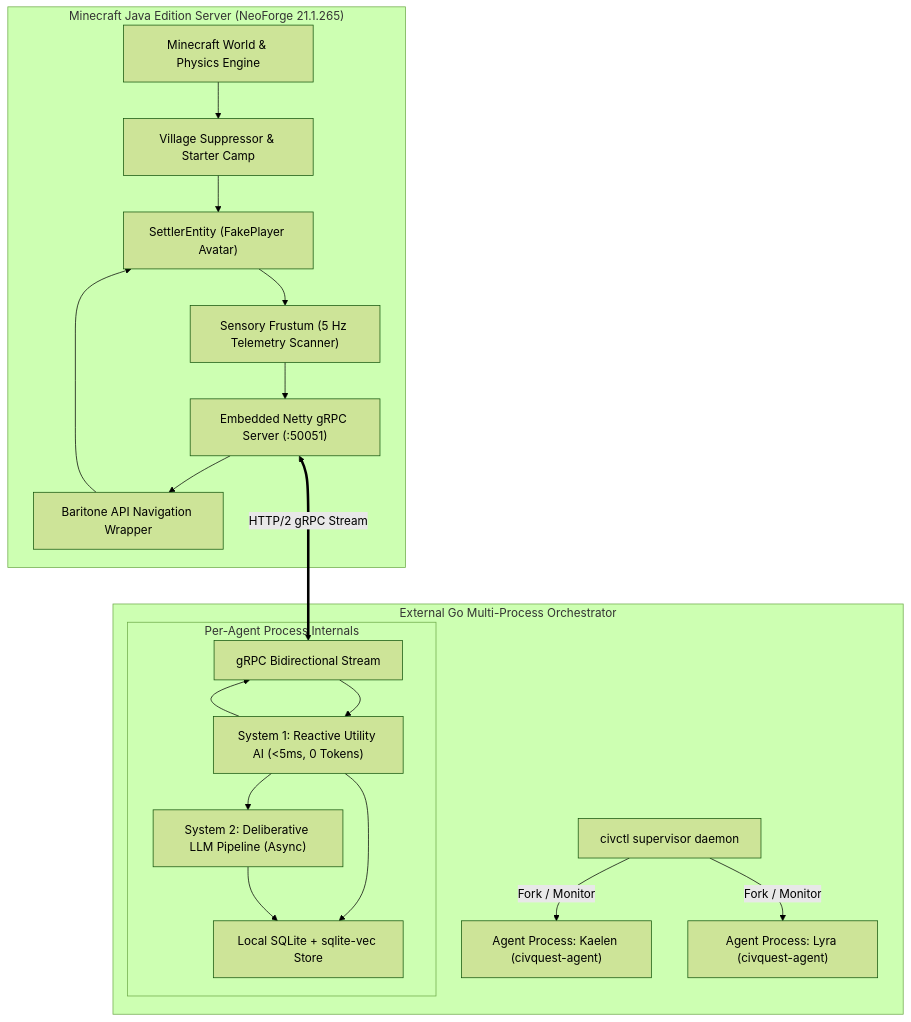
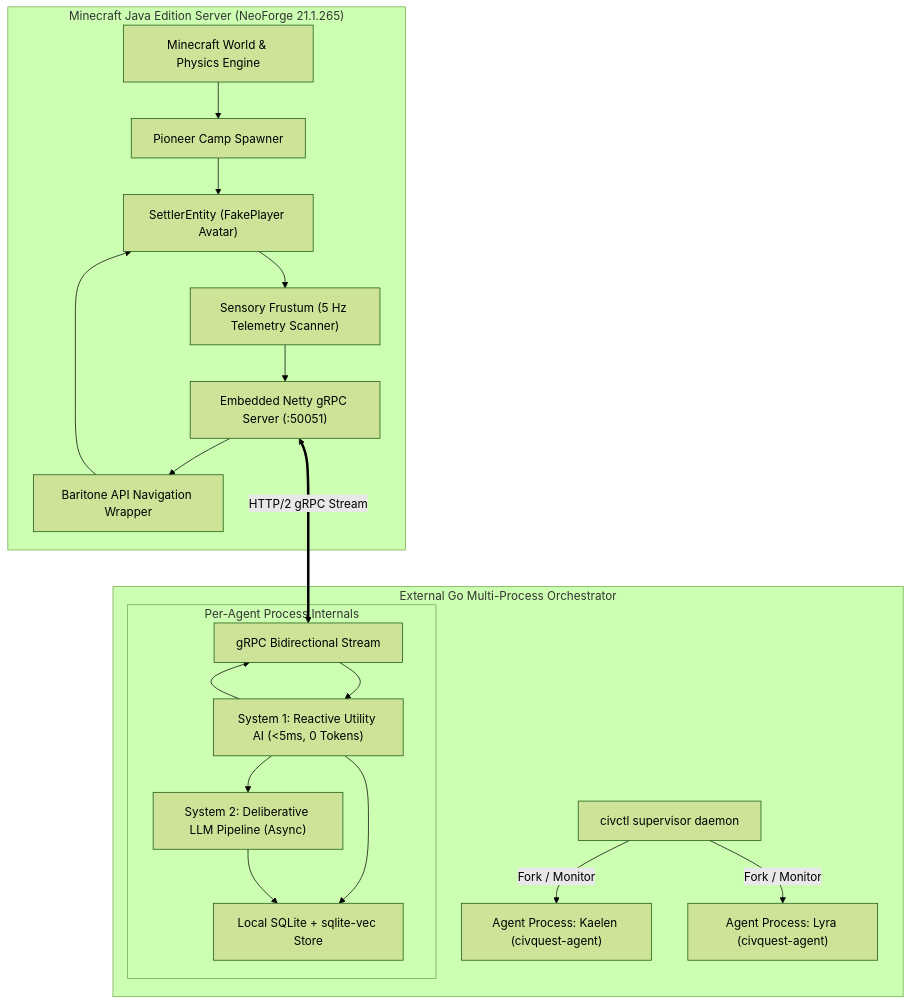
Before and after one commit to btposey/civquest: the diagram in doc/ai/01-architecture-overview.md, drawn with Mermaid (forest theme). The commit also changed other lines of this file and 5 other files, not shown here.

````diff
--- a/doc/ai/01-architecture-overview.md
+++ b/doc/ai/01-architecture-overview.md
@@ -12,42 +12,42 @@
 ```mermaid
 flowchart TB
     subgraph Minecraft_JVM ["Minecraft Java Edition Server (NeoForge 21.1.265)"]
         World["Minecraft World & Physics Engine"]
-        Suppressor["Village Suppressor & Starter Camp"]
+        Camp["Pioneer Camp Spawner"]
         Entity["SettlerEntity (FakePlayer Avatar)"]
         Frustum["Sensory Frustum (5 Hz Telemetry Scanner)"]
         Baritone["Baritone API Navigation Wrapper"]
         Netty["Embedded Netty gRPC Server (:50051)"]
 
-        World --> Suppressor
-        Suppressor --> Entity
+        World --> Camp
+        Camp --> Entity
         Entity --> Frustum
         Frustum --> Netty
         Netty --> Baritone
         Baritone --> Entity
     end
 
     subgraph Go_Orchestrator ["External Go Multi-Process Orchestrator"]
         Supervisor["civctl supervisor daemon"]
         Worker1["Agent Process: Kaelen (civquest-agent)"]
         Worker2["Agent Process: Lyra (civquest-agent)"]
 
         subgraph Worker_Internals ["Per-Agent Process Internals"]
             gRPC_Client["gRPC Bidirectional Stream"]
             S1["System 1: Reactive Utility AI (<5ms, 0 Tokens)"]
             S2["System 2: Deliberative LLM Pipeline (Async)"]
             DB["Local SQLite + sqlite-vec Store"]
 
             gRPC_Client --> S1
             S1 --> S2
             S1 --> DB
             S2 --> DB
             S1 --> gRPC_Client
         end
 
         Supervisor -->|Fork / Monitor| Worker1
         Supervisor -->|Fork / Monitor| Worker2
     end
 
     Netty <===>|HTTP/2 gRPC Stream| gRPC_Client
 ```
````
